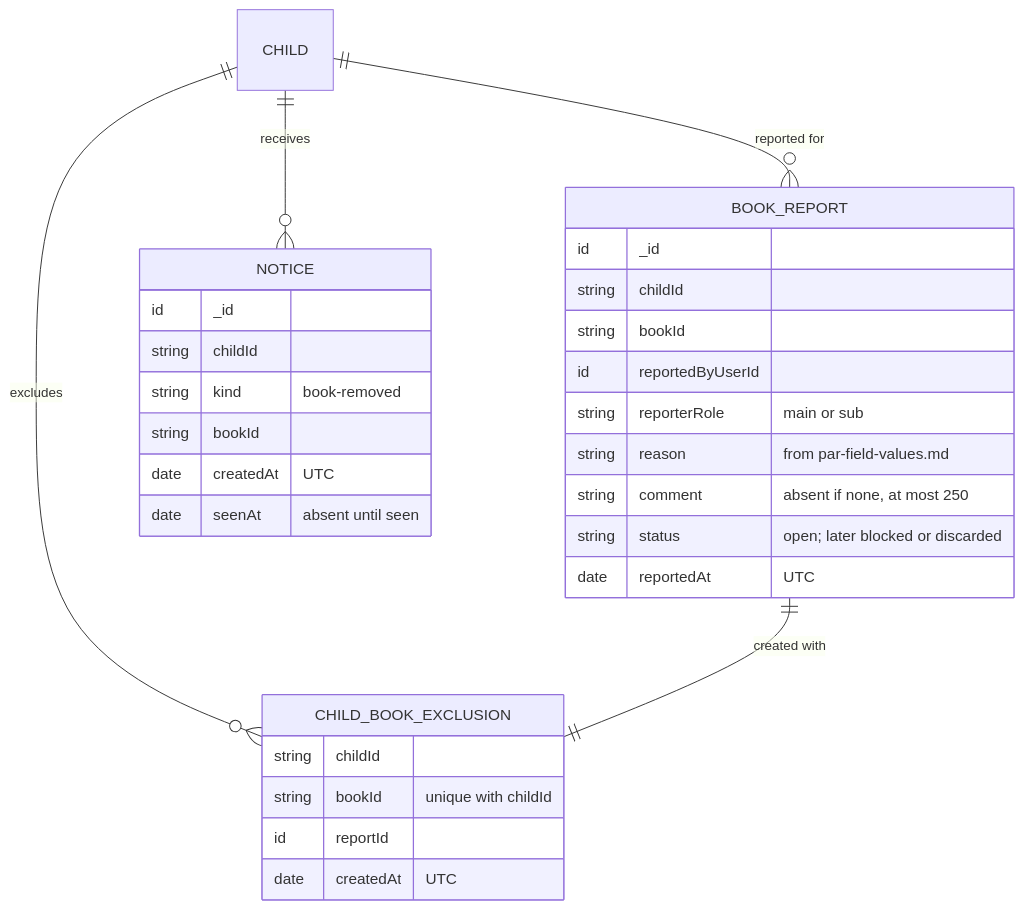
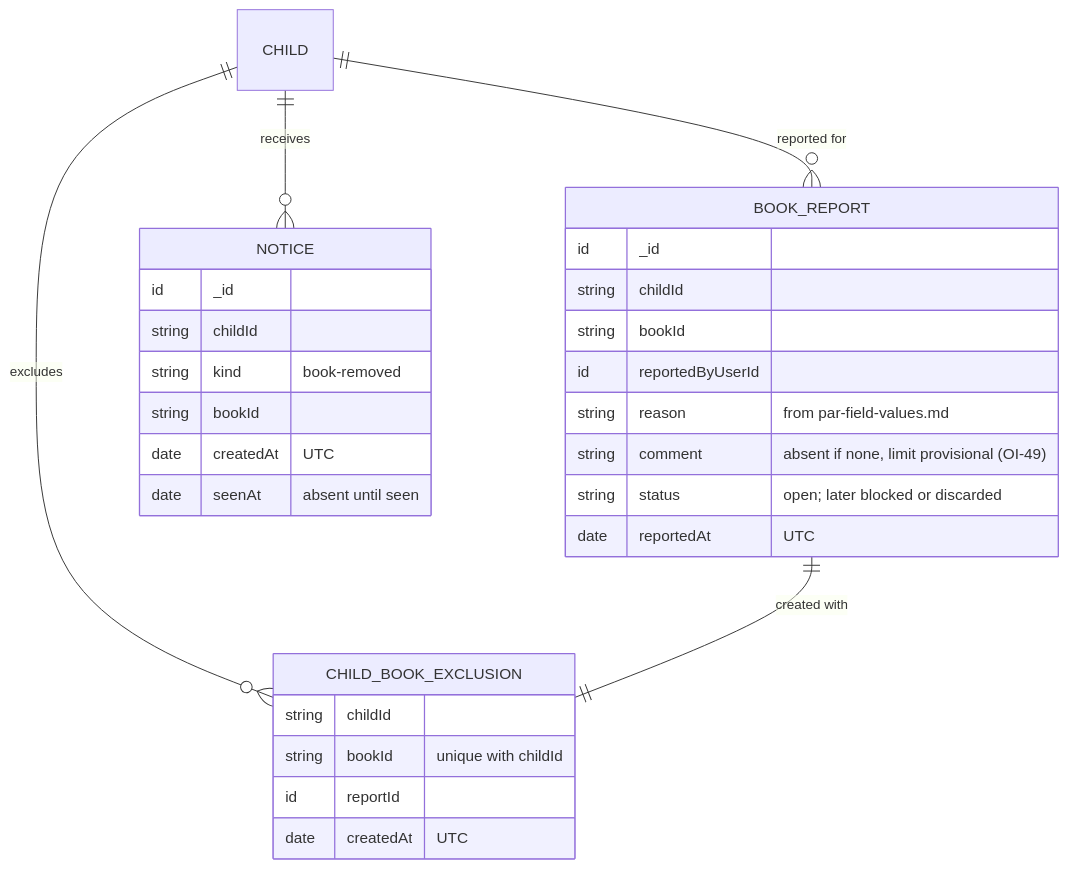
One commit to videogames21/book_buddies changed diagram 12 of 12 in design/par.md. Above: the diagram before and after it, drawn with Mermaid. The commit also changed other lines of this file and 4 other files, not shown here.

````diff
--- a/design/par.md
+++ b/design/par.md
@@ -965,32 +969,31 @@
 ```mermaid
 erDiagram
     CHILD ||--o{ BOOK_REPORT : "reported for"
     CHILD ||--o{ CHILD_BOOK_EXCLUSION : "excludes"
     BOOK_REPORT ||--|| CHILD_BOOK_EXCLUSION : "created with"
     CHILD ||--o{ NOTICE : "receives"
     BOOK_REPORT {
         id _id
         string childId
         string bookId
         id reportedByUserId
-        string reporterRole "main or sub"
         string reason "from par-field-values.md"
-        string comment "absent if none, at most 250"
+        string comment "absent if none, limit provisional (OI-49)"
         string status "open; later blocked or discarded"
         date reportedAt "UTC"
     }
     CHILD_BOOK_EXCLUSION {
         string childId
         string bookId "unique with childId"
         id reportId
         date createdAt "UTC"
     }
     NOTICE {
         id _id
         string childId
         string kind "book-removed"
         string bookId
         date createdAt "UTC"
         date seenAt "absent until seen"
     }
 ```
````
